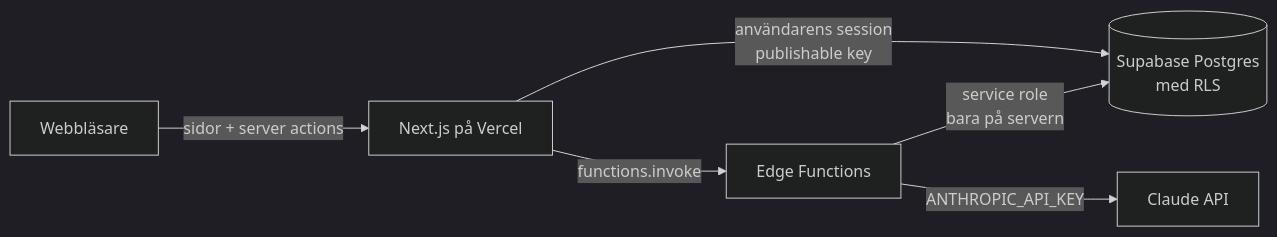
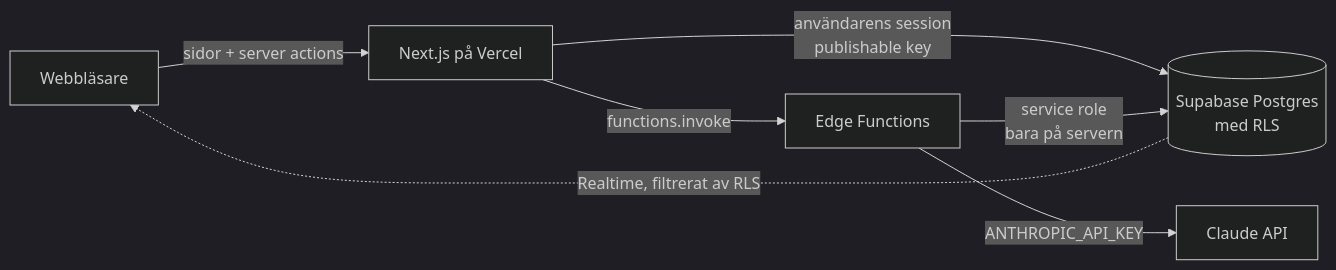
The diagram in README.md (dadirhashi/Mini-ATS), drawn with Mermaid (dark theme) before and after one commit. The commit also changed other lines of this file, not shown here.

````diff
--- a/README.md
+++ b/README.md
@@ -43,8 +49,9 @@
 ```mermaid
 flowchart LR
   B[Webbläsare] -->|sidor + server actions| N[Next.js på Vercel]
   N -->|användarens session<br/>publishable key| DB[(Supabase Postgres<br/>med RLS)]
   N -->|functions.invoke| EF[Edge Functions]
   EF -->|service role<br/>bara på servern| DB
   EF -->|ANTHROPIC_API_KEY| AI[Claude API]
+  DB -.->|Realtime, filtrerat av RLS| B
 ```
````
